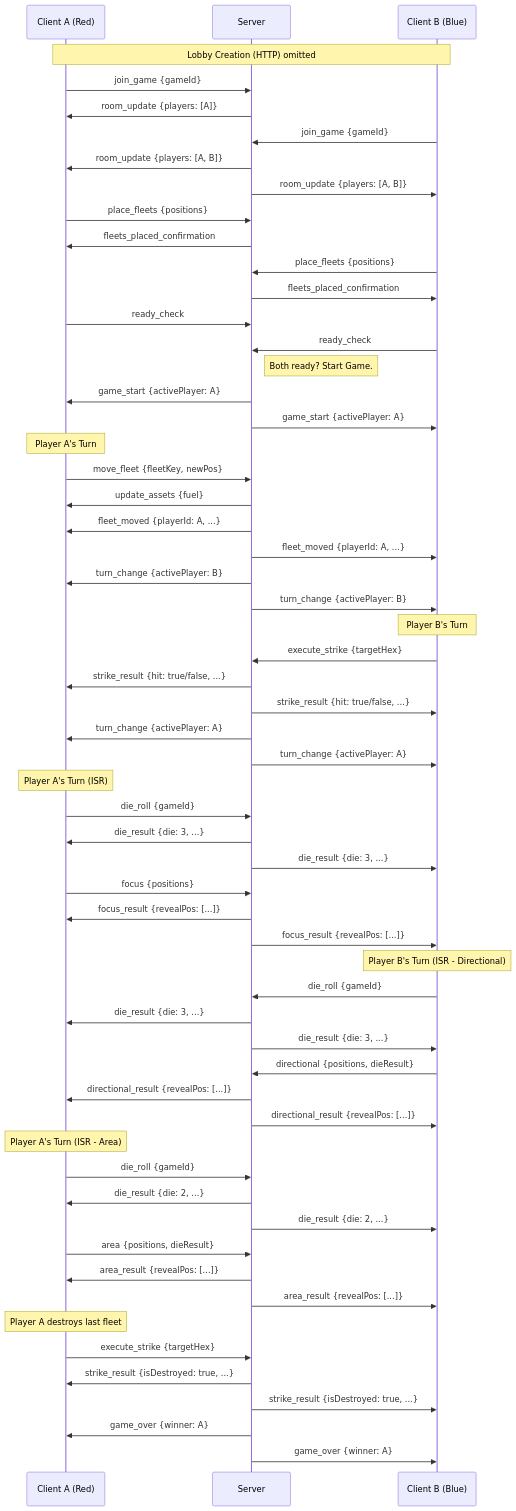
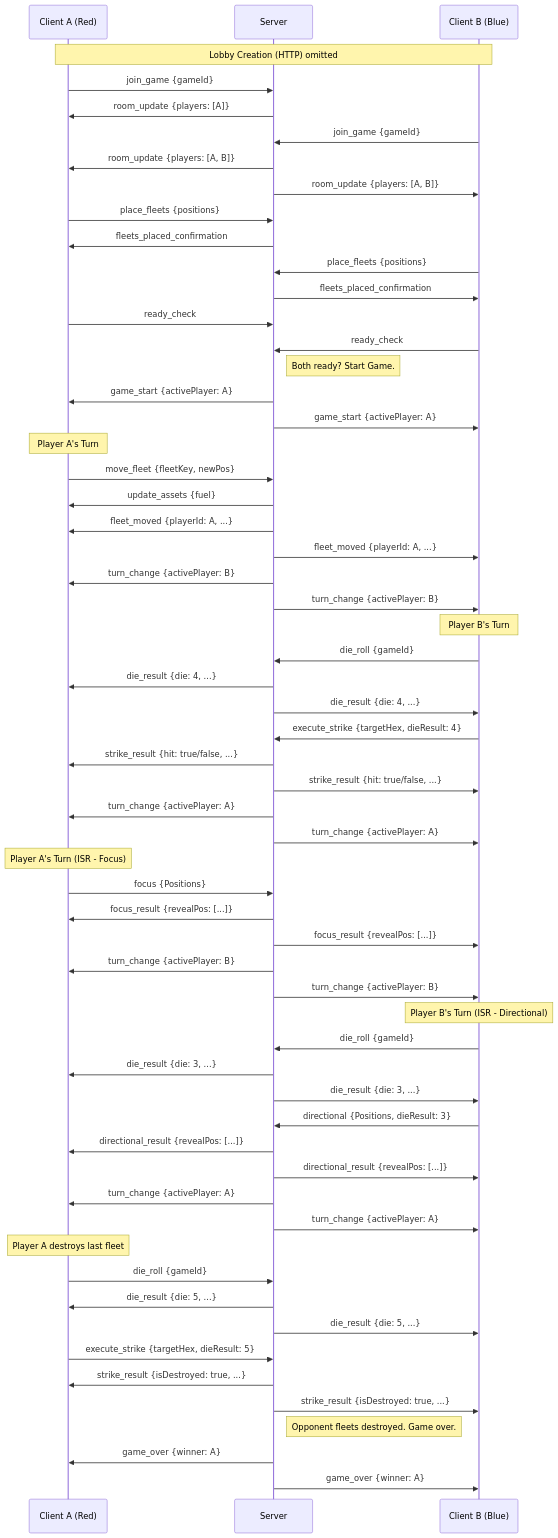
The diagram in server/API_DOCUMENTATION.md (Bingostew/FFF), drawn with Mermaid before and after one commit. The commit also changed other lines of this file and 3 other files, not shown here.

````diff
--- a/server/API_DOCUMENTATION.md
+++ b/server/API_DOCUMENTATION.md
@@ -462,81 +492,79 @@
 ```mermaid
 sequenceDiagram
     participant A as Client A (Red)
     participant S as Server
     participant B as Client B (Blue)
 
     Note over A, B: Lobby Creation (HTTP) omitted
-
+    
     %% Joining
     A->>S: join_game {gameId}
     S->>A: room_update {players: [A]}
     B->>S: join_game {gameId}
     S->>A: room_update {players: [A, B]}
     S->>B: room_update {players: [A, B]}
-
+    
     %% Placement
     A->>S: place_fleets {positions}
     S->>A: fleets_placed_confirmation
     B->>S: place_fleets {positions}
     S->>B: fleets_placed_confirmation
-
+    
     %% Ready Up
     A->>S: ready_check
     B->>S: ready_check
     Note right of S: Both ready? Start Game.
     S->>A: game_start {activePlayer: A}
     S->>B: game_start {activePlayer: A}
-
-    %% Turn 1: Move
+    
+    %% Turn 1: Player A Moves
     Note over A: Player A's Turn
     A->>S: move_fleet {fleetKey, newPos}
     S->>A: update_assets {fuel}
     S->>A: fleet_moved {playerId: A, ...}
     S->>B: fleet_moved {playerId: A, ...}
     S->>A: turn_change {activePlayer: B}
     S->>B: turn_change {activePlayer: B}
-
-    %% Turn 2: Strike
+    
+    %% Turn 2: Player B Strikes
     Note over B: Player B's Turn
-    B->>S: execute_strike {targetHex}
+    B->>S: die_roll {gameId}
+    S->>A: die_result {die: 4, ...}
+    S->>B: die_result {die: 4, ...}
+    B->>S: execute_strike {targetHex, dieResult: 4}
     S->>A: strike_result {hit: true/false, ...}
     S->>B: strike_result {hit: true/false, ...}
     S->>A: turn_change {activePlayer: A}
     S->>B: turn_change {activePlayer: A}
-
-    %% Turn 3: ISR Action
-    Note over A: Player A's Turn (ISR)
-    A->>S: die_roll {gameId}
-    S->>A: die_result {die: 3, ...}
-    S->>B: die_result {die: 3, ...}
-    A->>S: focus {positions}
+    
+    %% Turn 3: Player A uses ISR (Focus)
+    Note over A: Player A's Turn (ISR - Focus)
+    A->>S: focus {Positions}
     S->>A: focus_result {revealPos: [...]}
     S->>B: focus_result {revealPos: [...]}
-
-    %% Turn 4: ISR Action (Directional)
+    S->>A: turn_change {activePlayer: B}
+    S->>B: turn_change {activePlayer: B}
+    
+    %% Turn 4: Player B uses ISR (Directional)
     Note over B: Player B's Turn (ISR - Directional)
     B->>S: die_roll {gameId}
     S->>A: die_result {die: 3, ...}
     S->>B: die_result {die: 3, ...}
-    B->>S: directional {positions, dieResult}
+    B->>S: directional {Positions, dieResult: 3}
     S->>A: directional_result {revealPos: [...]}
     S->>B: directional_result {revealPos: [...]}
-
-    %% Turn 5: ISR Action (Area)
-    Note over A: Player A's Turn (ISR - Area)
-    A->>S: die_roll {gameId}
-    S->>A: die_result {die: 2, ...}
-    S->>B: die_result {die: 2, ...}
-    A->>S: area {positions, dieResult}
-    S->>A: area_result {revealPos: [...]}
-    S->>B: area_result {revealPos: [...]}
+    S->>A: turn_change {activePlayer: A}
+    S->>B: turn_change {activePlayer: A}
     
-
     %% Game Over Condition
     Note over A: Player A destroys last fleet
-    A->>S: execute_strike {targetHex}
+    A->>S: die_roll {gameId}
+    S->>A: die_result {die: 5, ...}
+    S->>B: die_result {die: 5, ...}
+    A->>S: execute_strike {targetHex, dieResult: 5}
     S->>A: strike_result {isDestroyed: true, ...}
     S->>B: strike_result {isDestroyed: true, ...}
+    Note right of S: Opponent fleets destroyed. Game over.
     S->>A: game_over {winner: A}
     S->>B: game_over {winner: A}
 ```
````
